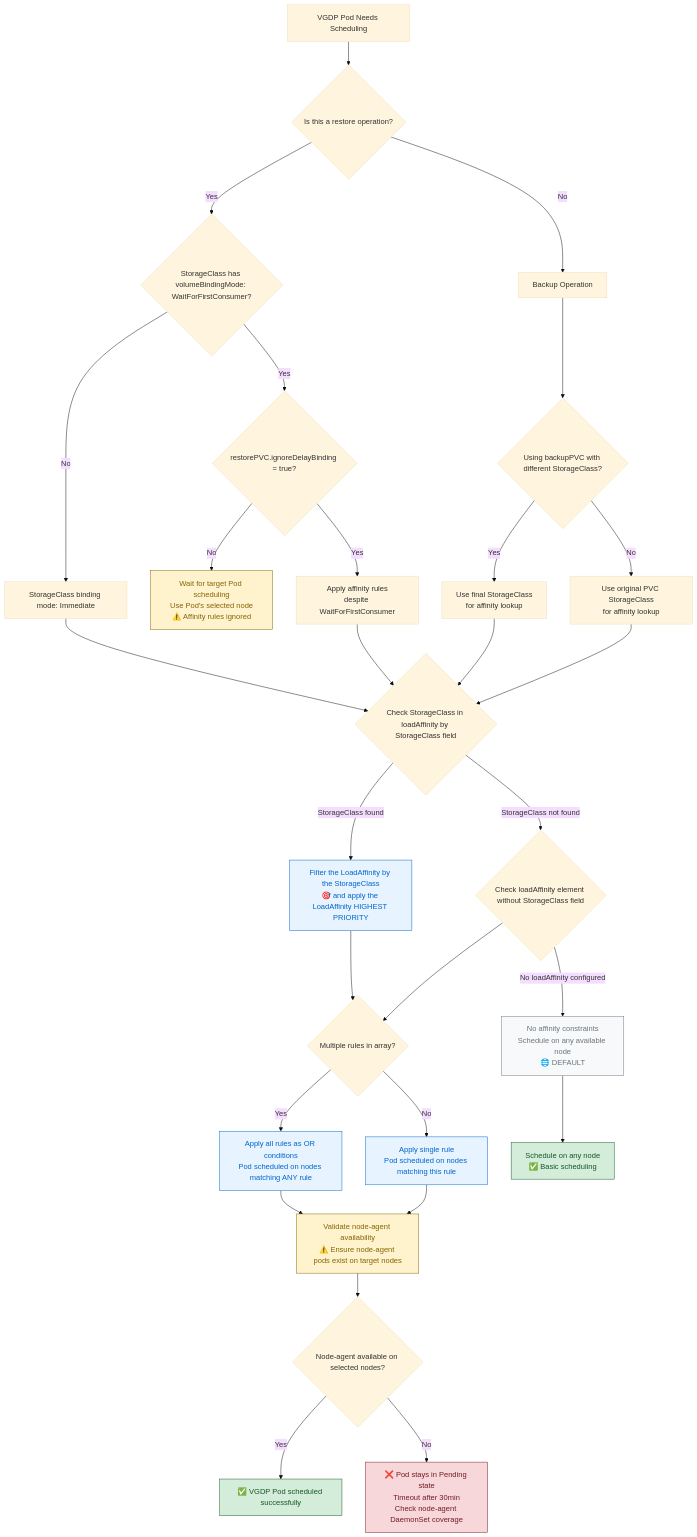
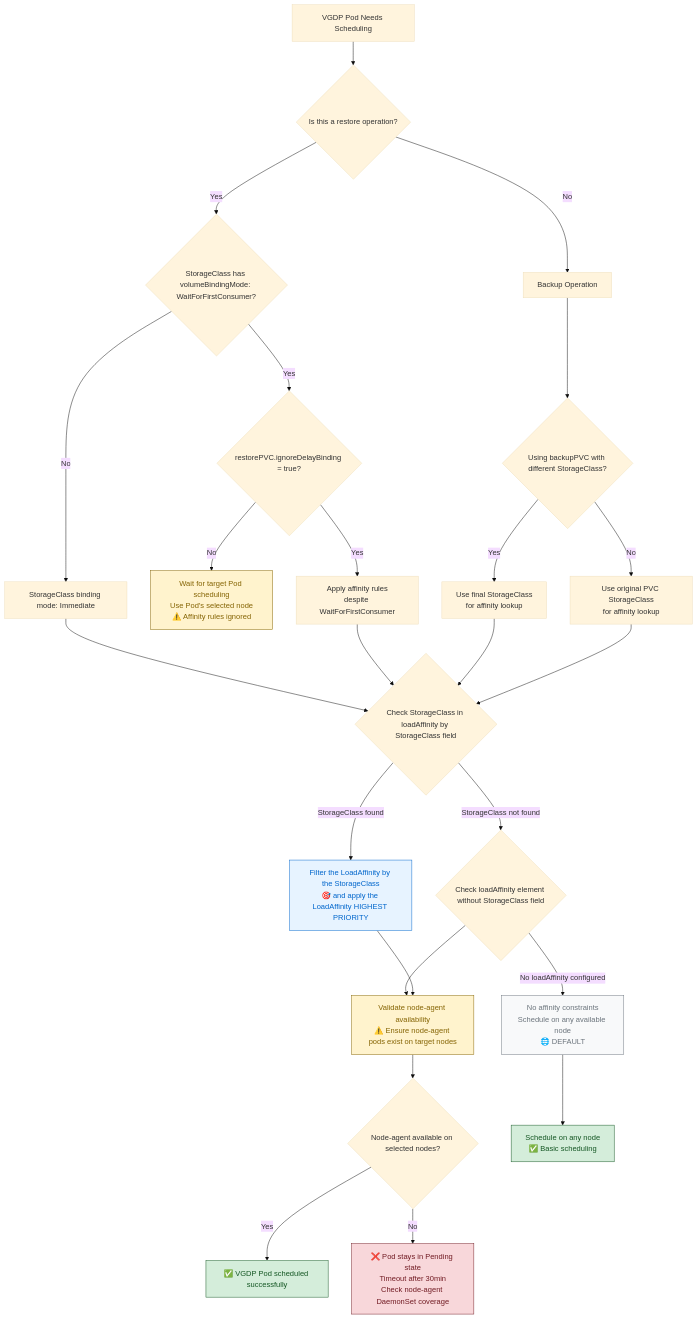
One commit to vmware-tanzu/velero changed the diagram in design/vgdp-affinity-enhancement.md. Above: the diagram before and after it, drawn with Mermaid (base theme). The commit also changed other lines of this file and 17 other files, not shown here.

````diff
--- a/design/vgdp-affinity-enhancement.md
+++ b/design/vgdp-affinity-enhancement.md
@@ -68,58 +66,52 @@
 ```mermaid
 flowchart TD
     A[VGDP Pod Needs Scheduling] --> B{Is this a restore operation?}
     
     B -->|Yes| C{StorageClass has volumeBindingMode: WaitForFirstConsumer?}
     B -->|No| D[Backup Operation]
     
     C -->|Yes| E{restorePVC.ignoreDelayBinding = true?}
     C -->|No| F[StorageClass binding mode: Immediate]
     
     E -->|No| G[Wait for target Pod scheduling<br/>Use Pod's selected node<br/>⚠️ Affinity rules ignored]
     E -->|Yes| H[Apply affinity rules<br/>despite WaitForFirstConsumer]
     
     F --> I{Check StorageClass in loadAffinity by StorageClass field}
     H --> I
     D --> J{Using backupPVC with different StorageClass?}
     
     J -->|Yes| K[Use final StorageClass<br/>for affinity lookup]
     J -->|No| L[Use original PVC StorageClass<br/>for affinity lookup]
     
     K --> I
     L --> I
     
     I -->|StorageClass found| N[Filter the LoadAffinity by <br/>the StorageClass<br/>🎯 and apply the LoadAffinity HIGHEST PRIORITY]
     I -->|StorageClass not found| O{Check loadAffinity element without StorageClass field}
 
     O -->|No loadAffinity configured| R[No affinity constraints<br/>Schedule on any available node<br/>🌐 DEFAULT]
     
-    N --> S{Multiple rules in array?}
-    S -->|Yes| T[Apply all rules as OR conditions<br/>Pod scheduled on nodes matching ANY rule]
-    S -->|No| U[Apply single rule<br/>Pod scheduled on nodes matching this rule]
-
-    O --> S
-    
-    T --> V[Validate node-agent availability<br/>⚠️ Ensure node-agent pods exist on target nodes]
-    U --> V
+    O --> V[Validate node-agent availability<br/>⚠️ Ensure node-agent pods exist on target nodes]
+    N --> V
     
     V --> W{Node-agent available on selected nodes?}
     W -->|Yes| X[✅ VGDP Pod scheduled successfully]
     W -->|No| Y[❌ Pod stays in Pending state<br/>Timeout after 30min<br/>Check node-agent DaemonSet coverage]
     
     R --> Z[Schedule on any node<br/>✅ Basic scheduling]
     
     %% Styling
     classDef successNode fill:#d4edda,stroke:#155724,color:#155724
     classDef warningNode fill:#fff3cd,stroke:#856404,color:#856404
     classDef errorNode fill:#f8d7da,stroke:#721c24,color:#721c24
     classDef priorityHigh fill:#e7f3ff,stroke:#0066cc,color:#0066cc
     classDef priorityMedium fill:#f0f8ff,stroke:#4d94ff,color:#4d94ff
     classDef priorityDefault fill:#f8f9fa,stroke:#6c757d,color:#6c757d
     
     class X,Z successNode
     class G,V,Y warningNode
     class Y errorNode
     class N,T,U priorityHigh
     class P,Q priorityMedium
     class R priorityDefault
 ```
````
